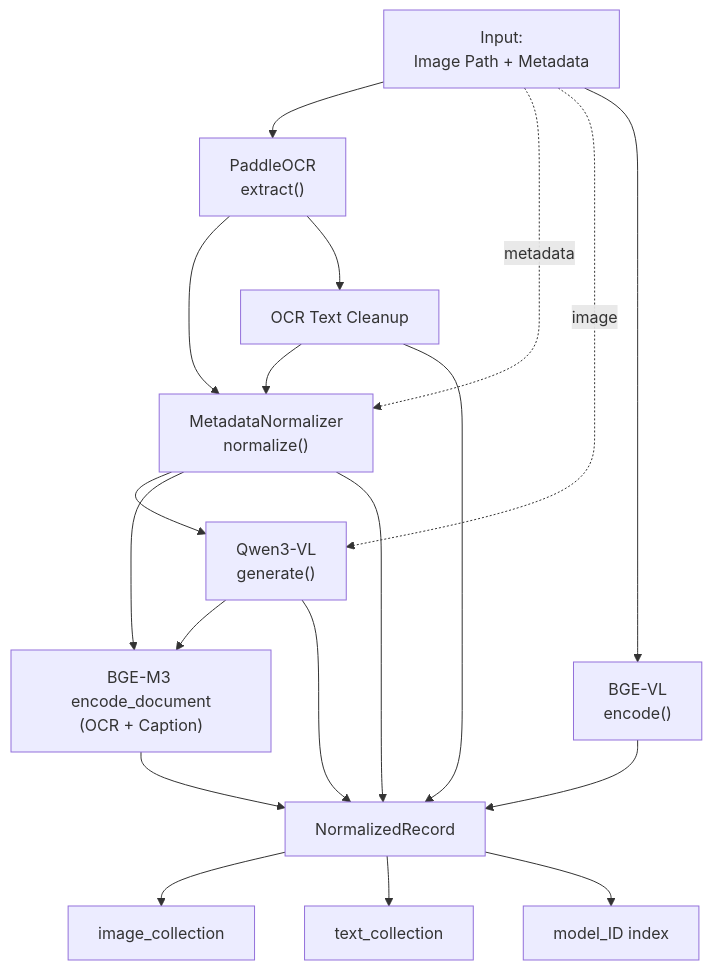
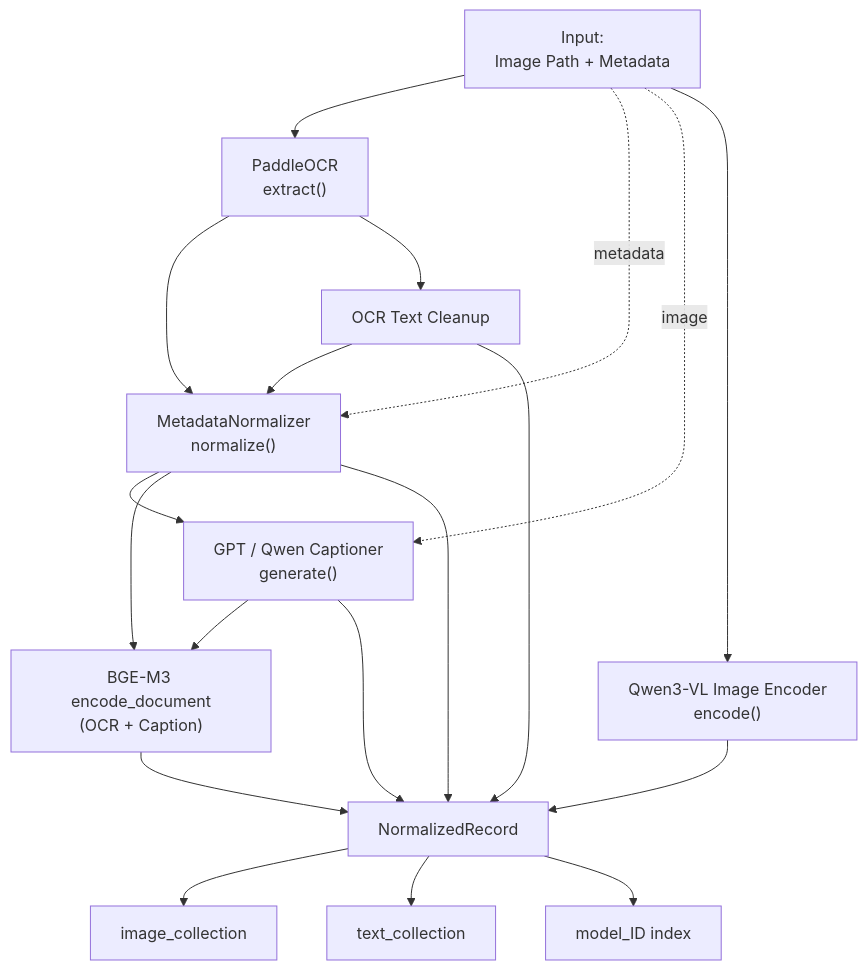
The diagram in docs/architecture/hybrid_pipeline_overview_ko.md (hshlalla/Smart_vision), drawn with Mermaid before and after one commit. The commit also changed other lines of this file and 30 other files, not shown here.

````diff
--- a/docs/architecture/hybrid_pipeline_overview_ko.md
+++ b/docs/architecture/hybrid_pipeline_overview_ko.md
@@ -53,24 +64,24 @@
 ```mermaid
 graph TD
     Input["Input:<br/>Image Path + Metadata"] --> OCR["PaddleOCR<br/>extract()"]
     OCR --> MetaNorm["MetadataNormalizer<br/>normalize()"]
     Input -. metadata .-> MetaNorm
-    MetaNorm --> Caption["Qwen3-VL<br/>generate()"]
+    MetaNorm --> Caption["GPT / Qwen Captioner<br/>generate()"]
     Input -. image .-> Caption
-    Input --> Vision["BGE-VL<br/>encode()"]
+    Input --> Vision["Qwen3-VL Image Encoder<br/>encode()"]
 
     OCR --> OCRText["OCR Text Cleanup"]
     OCRText --> MetaNorm
     MetaNorm --> TextEmbed["BGE-M3 encode_document<br/>(OCR + Caption)"]
     Caption --> TextEmbed
 
     Vision --> Record["NormalizedRecord"]
     TextEmbed --> Record
     OCRText --> Record
     Caption --> Record
     MetaNorm --> Record
 
     Record --> ImageCol["image_collection"]
     Record --> TextCol["text_collection"]
     Record --> ModelText["model_ID index"]
 ```
````
